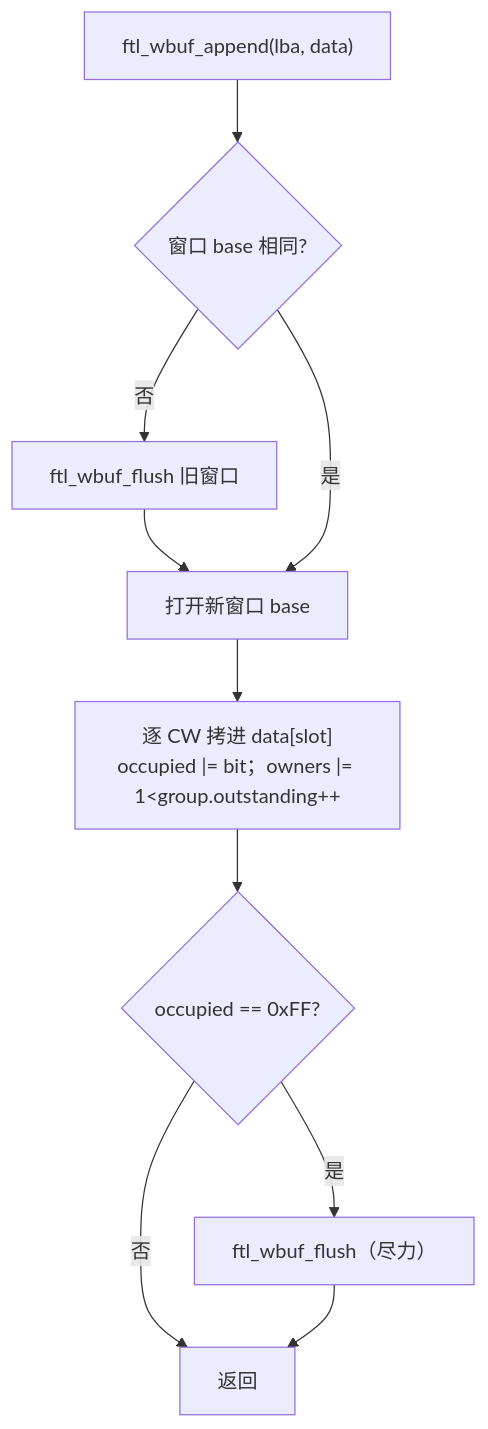
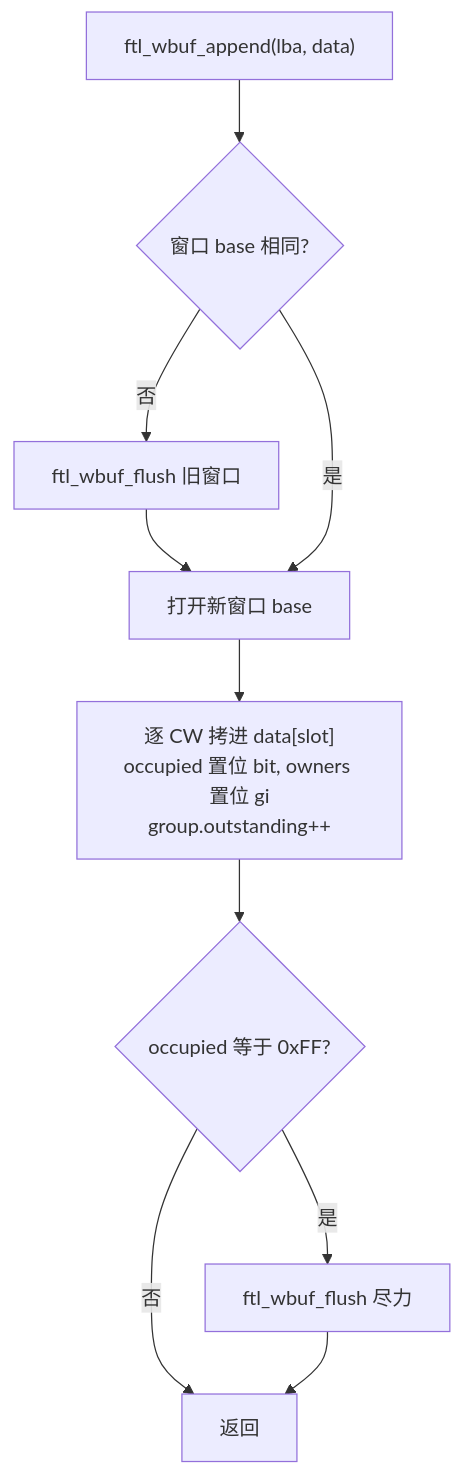
One commit to YzYMIAO/BASESSD changed diagram 15 of 28 in docs/design/ftl_design.md. Above: the diagram before and after it, drawn with Mermaid. The commit also changed other lines of this file, not shown here.

First line of the commit message:
docs(ftl): 修复 GitHub 目录跳转与 mermaid 渲染

````diff
--- a/docs/design/ftl_design.md
+++ b/docs/design/ftl_design.md
@@ -2170,12 +2204,12 @@
 ```mermaid
 flowchart TD
     A["ftl_wbuf_append(lba, data)"] --> B{"窗口 base 相同?"}
     B -- "否" --> C["ftl_wbuf_flush 旧窗口"]
     C --> D["打开新窗口 base"]
     B -- "是" --> D
-    D --> E["逐 CW 拷进 data[slot]<br/>occupied |= bit；owners |= 1<<gi<br/>group.outstanding++"]
-    E --> F{"occupied == 0xFF?"}
-    F -- "是" --> G["ftl_wbuf_flush（尽力）"]
+    D --> E["逐 CW 拷进 data[slot]<br/>occupied 置位 bit, owners 置位 gi<br/>group.outstanding++"]
+    E --> F{"occupied 等于 0xFF?"}
+    F -- "是" --> G["ftl_wbuf_flush 尽力 "]
     F -- "否" --> H["返回"]
     G --> H
 ```
````
